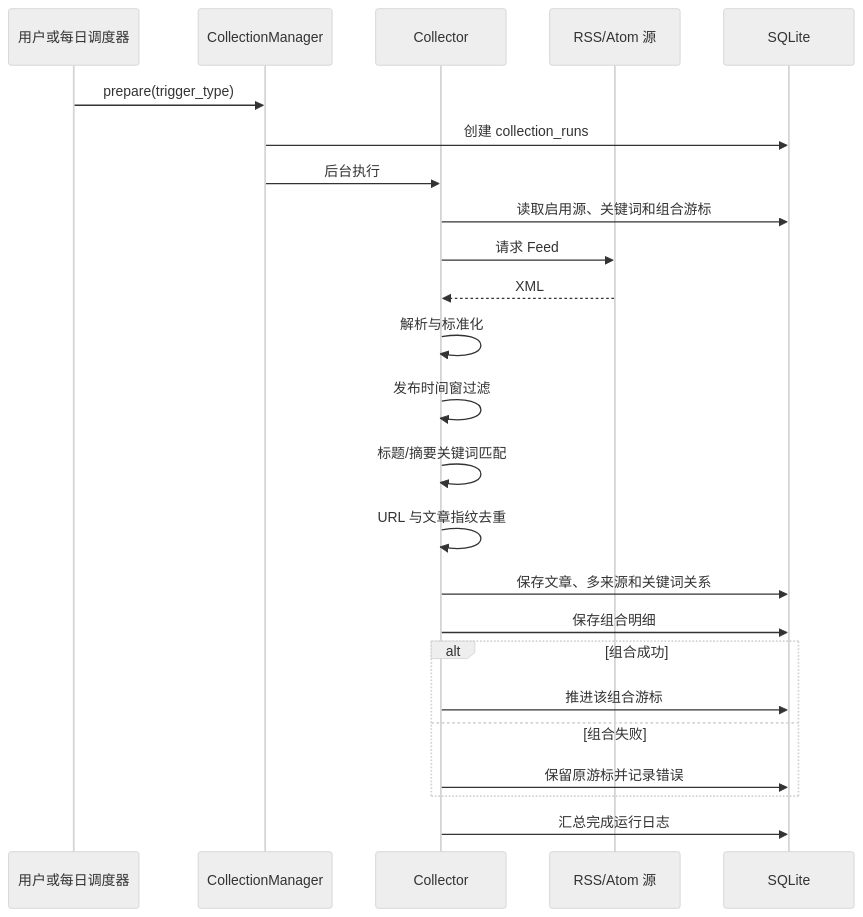
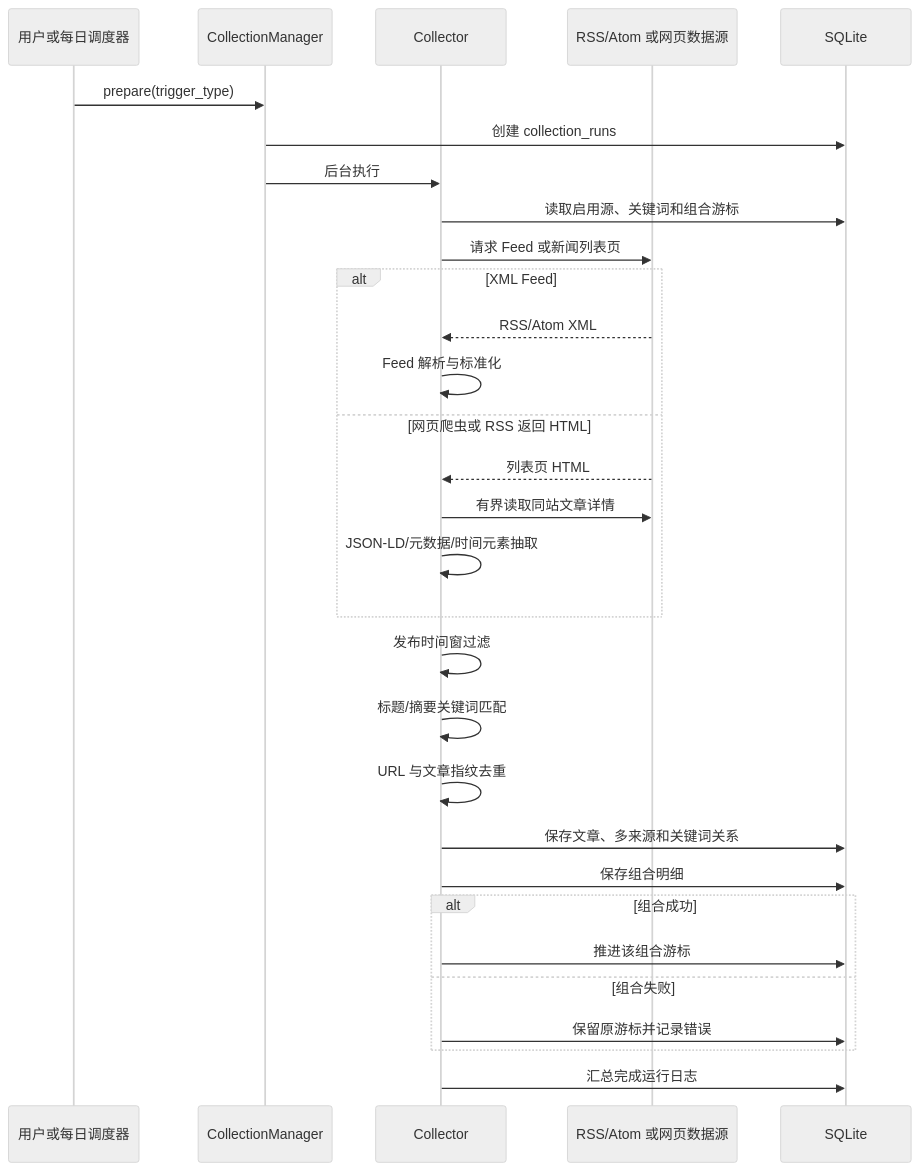
One commit to shiye1213/intco-rss-collector changed the second of 6 diagrams in docs/technical-design.md. Above: the diagram before and after it, drawn with Mermaid (neutral theme). The commit also changed other lines of this file and 12 other files, not shown here.

````diff
--- a/docs/technical-design.md
+++ b/docs/technical-design.md
@@ -139,27 +139,33 @@
 ```mermaid
 sequenceDiagram
     participant Trigger as 用户或每日调度器
     participant Manager as CollectionManager
     participant Collector as Collector
-    participant Feed as RSS/Atom 源
+    participant Source as RSS/Atom 或网页数据源
     participant DB as SQLite
 
     Trigger->>Manager: prepare(trigger_type)
     Manager->>DB: 创建 collection_runs
     Manager->>Collector: 后台执行
     Collector->>DB: 读取启用源、关键词和组合游标
-    Collector->>Feed: 请求 Feed
-    Feed-->>Collector: XML
-    Collector->>Collector: 解析与标准化
+    Collector->>Source: 请求 Feed 或新闻列表页
+    alt XML Feed
+        Source-->>Collector: RSS/Atom XML
+        Collector->>Collector: Feed 解析与标准化
+    else 网页爬虫或 RSS 返回 HTML
+        Source-->>Collector: 列表页 HTML
+        Collector->>Source: 有界读取同站文章详情
+        Collector->>Collector: JSON-LD/元数据/时间元素抽取
+    end
     Collector->>Collector: 发布时间窗过滤
     Collector->>Collector: 标题/摘要关键词匹配
     Collector->>Collector: URL 与文章指纹去重
     Collector->>DB: 保存文章、多来源和关键词关系
     Collector->>DB: 保存组合明细
     alt 组合成功
         Collector->>DB: 推进该组合游标
     else 组合失败
         Collector->>DB: 保留原游标并记录错误
     end
     Collector->>DB: 汇总完成运行日志
 ```
````
